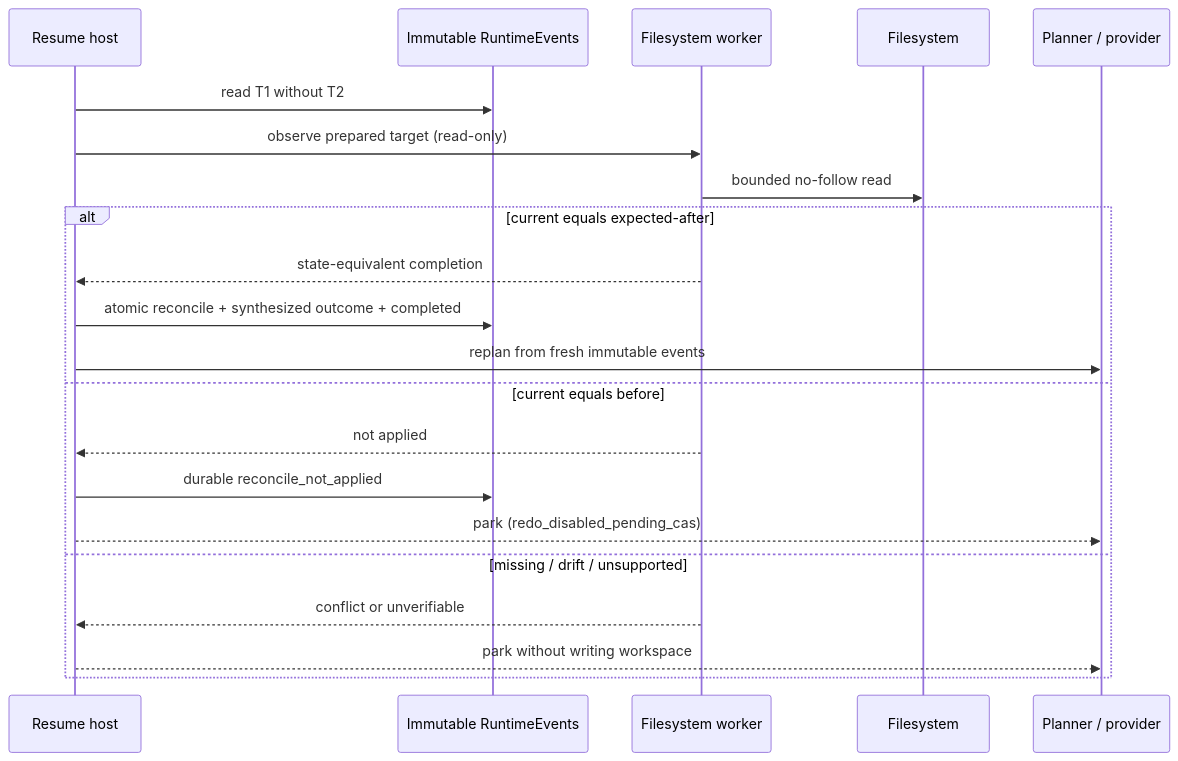
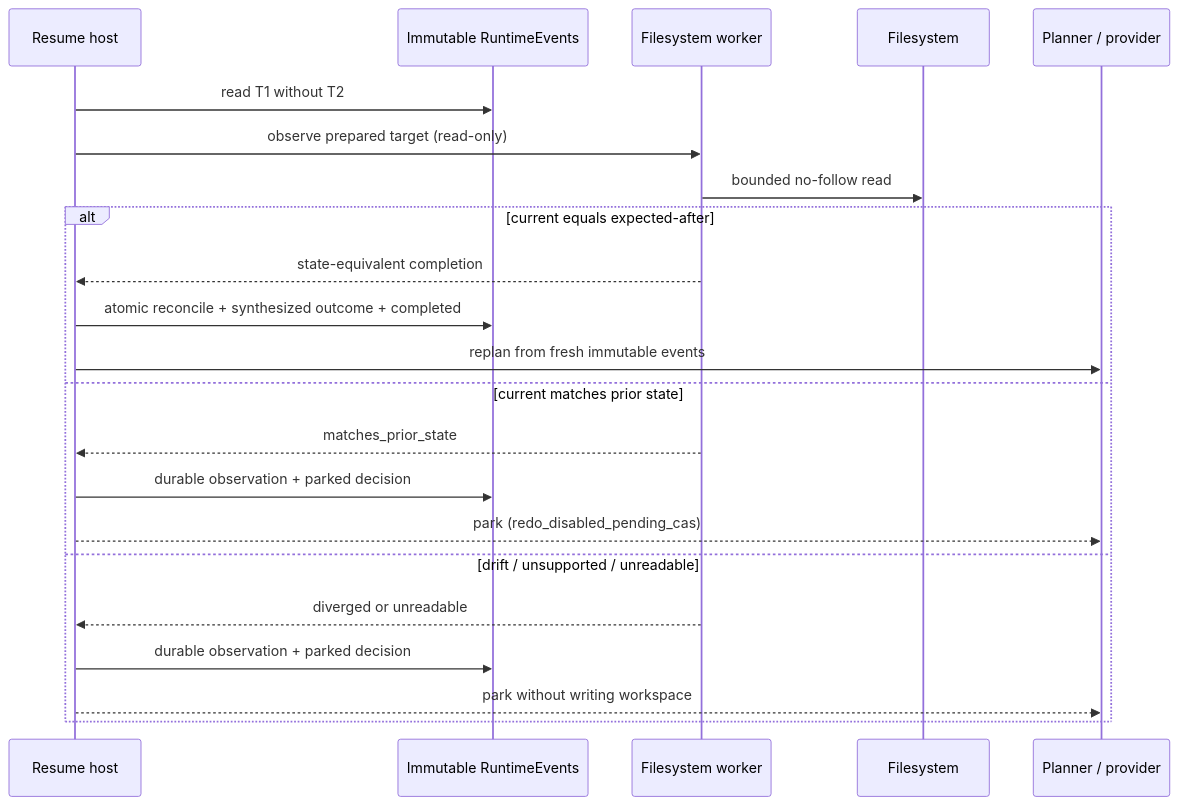
The fourth of 5 diagrams in docs/architecture/runtime-resume-phase3-phase4-workspace-checkpoint-design.zh-CN.md (zhiiw/maka-agent), drawn with Mermaid before and after one commit. The commit also changed other lines of this file and 1 other file, not shown here.

Commit message:
docs(runtime): harden phase 3 recovery roadmap

````diff
--- a/docs/architecture/runtime-resume-phase3-phase4-workspace-checkpoint-design.zh-CN.md
+++ b/docs/architecture/runtime-resume-phase3-phase4-workspace-checkpoint-design.zh-CN.md
@@ -343,24 +509,25 @@
 ```mermaid
 sequenceDiagram
     participant H as Resume host
     participant S as Immutable RuntimeEvents
     participant W as Filesystem worker
     participant F as Filesystem
     participant P as Planner / provider
 
     H->>S: read T1 without T2
     H->>W: observe prepared target (read-only)
     W->>F: bounded no-follow read
     alt current equals expected-after
         W-->>H: state-equivalent completion
         H->>S: atomic reconcile + synthesized outcome + completed
         H->>P: replan from fresh immutable events
-    else current equals before
-        W-->>H: not applied
-        H->>S: durable reconcile_not_applied
+    else current matches prior state
+        W-->>H: matches_prior_state
+        H->>S: durable observation + parked decision
         H-->>P: park (redo_disabled_pending_cas)
-    else missing / drift / unsupported
-        W-->>H: conflict or unverifiable
+    else drift / unsupported / unreadable
+        W-->>H: diverged or unreadable
+        H->>S: durable observation + parked decision
         H-->>P: park without writing workspace
     end
 ```
````
